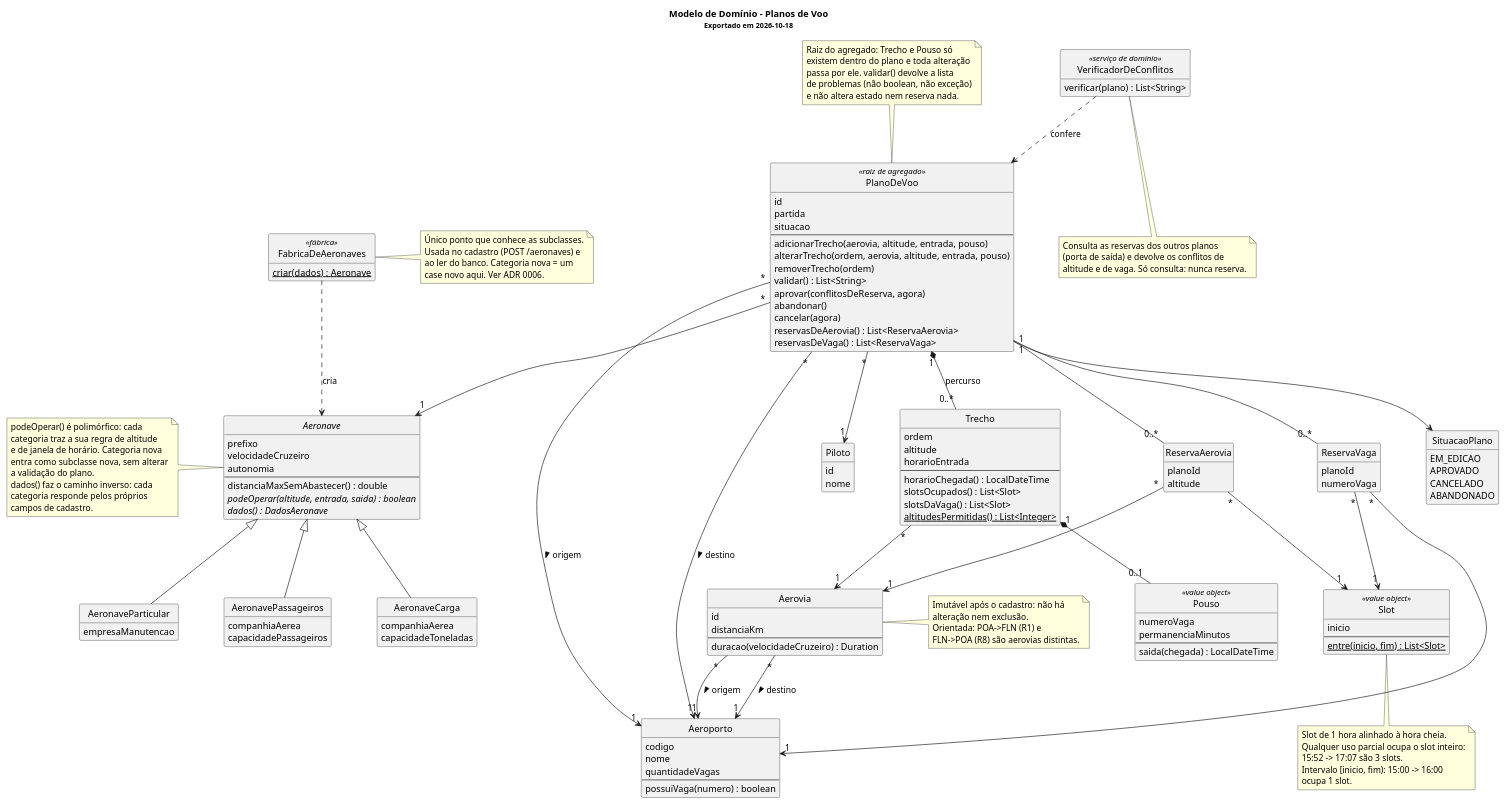
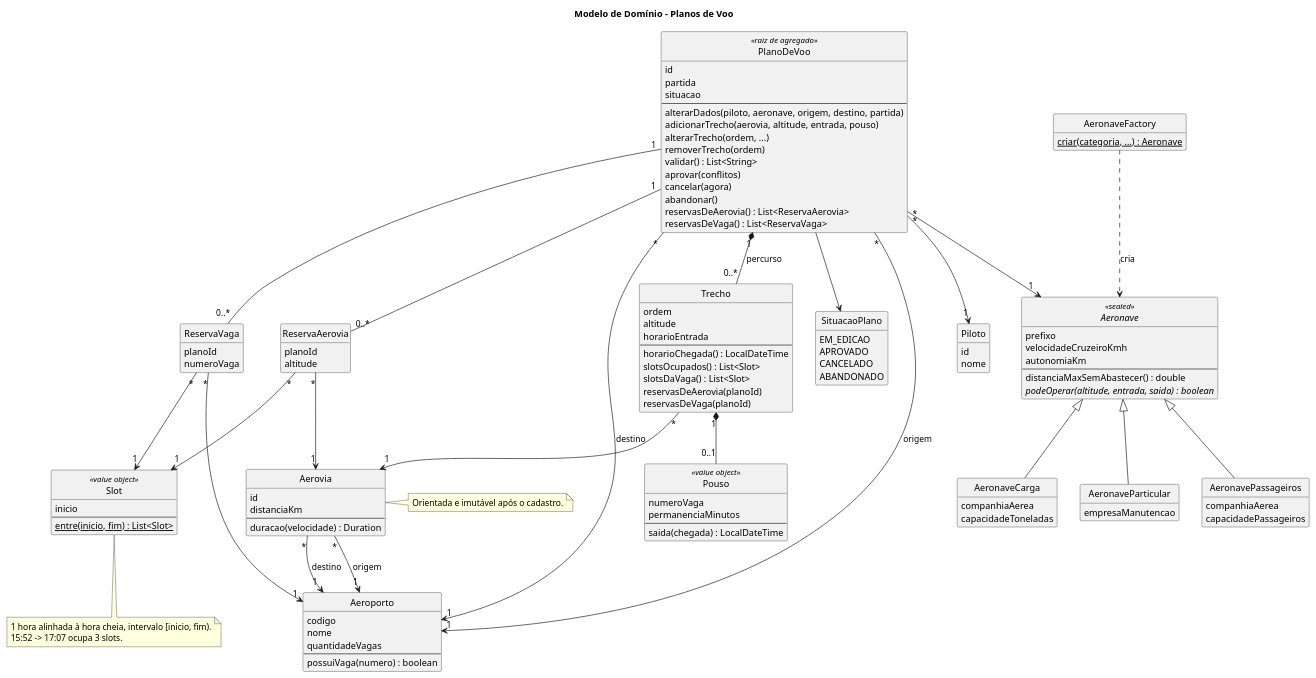
Before and after one commit to antoniocosta0/trabalho-projaq: the diagram in docs/dominio/modelo-dominio.puml, drawn with PlantUML. The commit also changed 21 other files, not shown here.

Commit message:
docs: shorten the adrs and sync the diagram sources with the code

```diff
--- a/docs/dominio/modelo-dominio.puml
+++ b/docs/dominio/modelo-dominio.puml
@@ -1,199 +1,147 @@
 @startuml
-' Modelo de domínio - Sistema de Gestão de Planos de Voo
-' PUCRS - Projeto e Arquitetura de Software - 2026/2 - turma 340
-' Entrega de 05/10. Fonte versionada; o .png é exportado deste arquivo.
-
-title
-  Modelo de Domínio - Planos de Voo
-  <size:11>Exportado em 2026-10-18</size>
-end title
+title Modelo de Domínio - Planos de Voo
 hide circle
 hide empty members
 skinparam classAttributeIconSize 0
 skinparam shadowing false
-skinparam nodesep 70
-skinparam ranksep 70
 
 class Aeroporto {
   codigo
   nome
   quantidadeVagas
   --
   possuiVaga(numero) : boolean
 }
 
 class Aerovia {
   id
   distanciaKm
   --
-  duracao(velocidadeCruzeiro) : Duration
+  duracao(velocidade) : Duration
 }
 
 note right of Aerovia
-  Imutável após o cadastro: não há
-  alteração nem exclusão.
-  Orientada: POA->FLN (R1) e
-  FLN->POA (R8) são aerovias distintas.
+  Orientada e imutável após o cadastro.
 end note
 
 class Piloto {
   id
   nome
 }
 
-abstract class Aeronave {
+abstract class Aeronave <<sealed>> {
   prefixo
-  velocidadeCruzeiro
-  autonomia
+  velocidadeCruzeiroKmh
+  autonomiaKm
   --
   distanciaMaxSemAbastecer() : double
   {abstract} podeOperar(altitude, entrada, saida) : boolean
-  {abstract} dados() : DadosAeronave
 }
-
-class FabricaDeAeronaves <<fábrica>> {
-  {static} criar(dados) : Aeronave
-}
-
-note left of Aeronave
-  podeOperar() é polimórfico: cada
-  categoria traz a sua regra de altitude
-  e de janela de horário. Categoria nova
-  entra como subclasse nova, sem alterar
-  a validação do plano.
-  dados() faz o caminho inverso: cada
-  categoria responde pelos próprios
-  campos de cadastro.
-end note
-
-note right of FabricaDeAeronaves
-  Único ponto que conhece as subclasses.
-  Usada no cadastro (POST /aeronaves) e
-  ao ler do banco. Categoria nova = um
-  case novo aqui. Ver ADR 0006.
-end note
-
-FabricaDeAeronaves ..> Aeronave : cria
 
 class AeronaveParticular {
   empresaManutencao
 }
 
 class AeronavePassageiros {
   companhiaAerea
   capacidadePassageiros
 }
 
 class AeronaveCarga {
   companhiaAerea
   capacidadeToneladas
 }
 
+class AeronaveFactory {
+  {static} criar(categoria, ...) : Aeronave
+}
+
 class PlanoDeVoo <<raiz de agregado>> {
   id
   partida
   situacao
   --
+  alterarDados(piloto, aeronave, origem, destino, partida)
   adicionarTrecho(aerovia, altitude, entrada, pouso)
-  alterarTrecho(ordem, aerovia, altitude, entrada, pouso)
+  alterarTrecho(ordem, ...)
   removerTrecho(ordem)
   validar() : List<String>
-  aprovar(conflitosDeReserva, agora)
+  aprovar(conflitos)
+  cancelar(agora)
   abandonar()
-  cancelar(agora)
   reservasDeAerovia() : List<ReservaAerovia>
   reservasDeVaga() : List<ReservaVaga>
 }
-
-note top of PlanoDeVoo
-  Raiz do agregado: Trecho e Pouso só
-  existem dentro do plano e toda alteração
-  passa por ele. validar() devolve a lista
-  de problemas (não boolean, não exceção)
-  e não altera estado nem reserva nada.
-end note
 
 class Trecho {
   ordem
   altitude
   horarioEntrada
   --
   horarioChegada() : LocalDateTime
   slotsOcupados() : List<Slot>
   slotsDaVaga() : List<Slot>
-  {static} altitudesPermitidas() : List<Integer>
+  reservasDeAerovia(planoId)
+  reservasDeVaga(planoId)
 }
 
 class Pouso <<value object>> {
   numeroVaga
   permanenciaMinutos
   --
   saida(chegada) : LocalDateTime
 }
 
 class Slot <<value object>> {
   inicio
   --
   {static} entre(inicio, fim) : List<Slot>
 }
 
 note bottom of Slot
-  Slot de 1 hora alinhado à hora cheia.
-  Qualquer uso parcial ocupa o slot inteiro:
-  15:52 -> 17:07 são 3 slots.
-  Intervalo [inicio, fim): 15:00 -> 16:00
-  ocupa 1 slot.
+  1 hora alinhada à hora cheia, intervalo [inicio, fim).
+  15:52 -> 17:07 ocupa 3 slots.
 end note
 
 class ReservaAerovia {
   planoId
   altitude
 }
 
 class ReservaVaga {
   planoId
   numeroVaga
 }
 
-class VerificadorDeConflitos <<serviço de domínio>> {
-  verificar(plano) : List<String>
-}
-
-note bottom of VerificadorDeConflitos
-  Consulta as reservas dos outros planos
-  (porta de saída) e devolve os conflitos de
-  altitude e de vaga. Só consulta: nunca reserva.
-end note
-
 enum SituacaoPlano {
   EM_EDICAO
   APROVADO
   CANCELADO
   ABANDONADO
 }
 
-Aerovia "*" --> "1" Aeroporto : origem >
-Aerovia "*" --> "1" Aeroporto : destino >
+Aerovia "*" --> "1" Aeroporto : origem
+Aerovia "*" --> "1" Aeroporto : destino
 
 Aeronave <|-- AeronaveParticular
 Aeronave <|-- AeronavePassageiros
 Aeronave <|-- AeronaveCarga
+AeronaveFactory ..> Aeronave : cria
 
 PlanoDeVoo "*" --> "1" Piloto
 PlanoDeVoo "*" --> "1" Aeronave
-PlanoDeVoo "*" --> "1" Aeroporto : origem >
-PlanoDeVoo "*" --> "1" Aeroporto : destino >
+PlanoDeVoo "*" --> "1" Aeroporto : origem
+PlanoDeVoo "*" --> "1" Aeroporto : destino
 PlanoDeVoo --> SituacaoPlano
 PlanoDeVoo "1" *-- "0..*" Trecho : percurso
 Trecho "*" --> "1" Aerovia
 Trecho "1" *-- "0..1" Pouso
 
 PlanoDeVoo "1" -- "0..*" ReservaAerovia
 PlanoDeVoo "1" -- "0..*" ReservaVaga
 ReservaAerovia "*" --> "1" Aerovia
 ReservaAerovia "*" --> "1" Slot
 ReservaVaga "*" --> "1" Aeroporto
 ReservaVaga "*" --> "1" Slot
-VerificadorDeConflitos ..> PlanoDeVoo : confere
 
 @enduml
```
